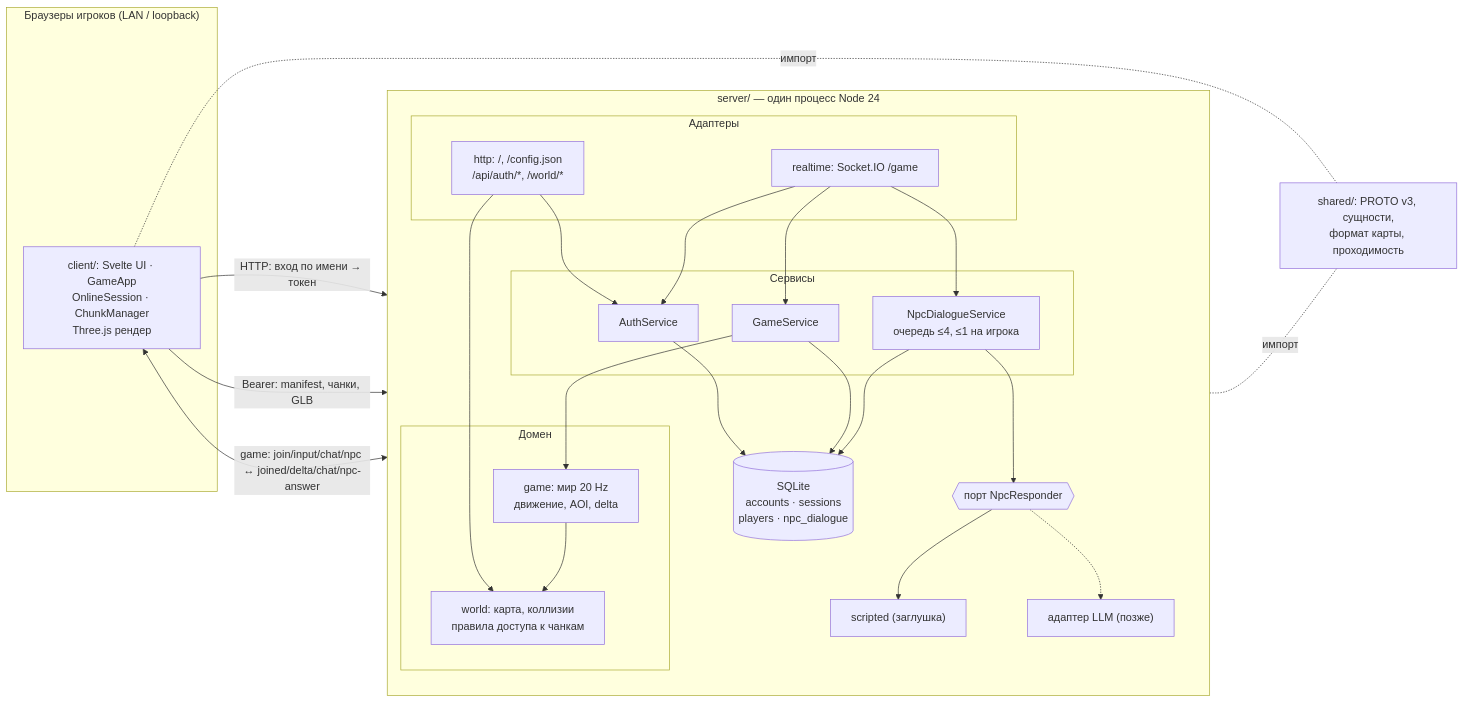
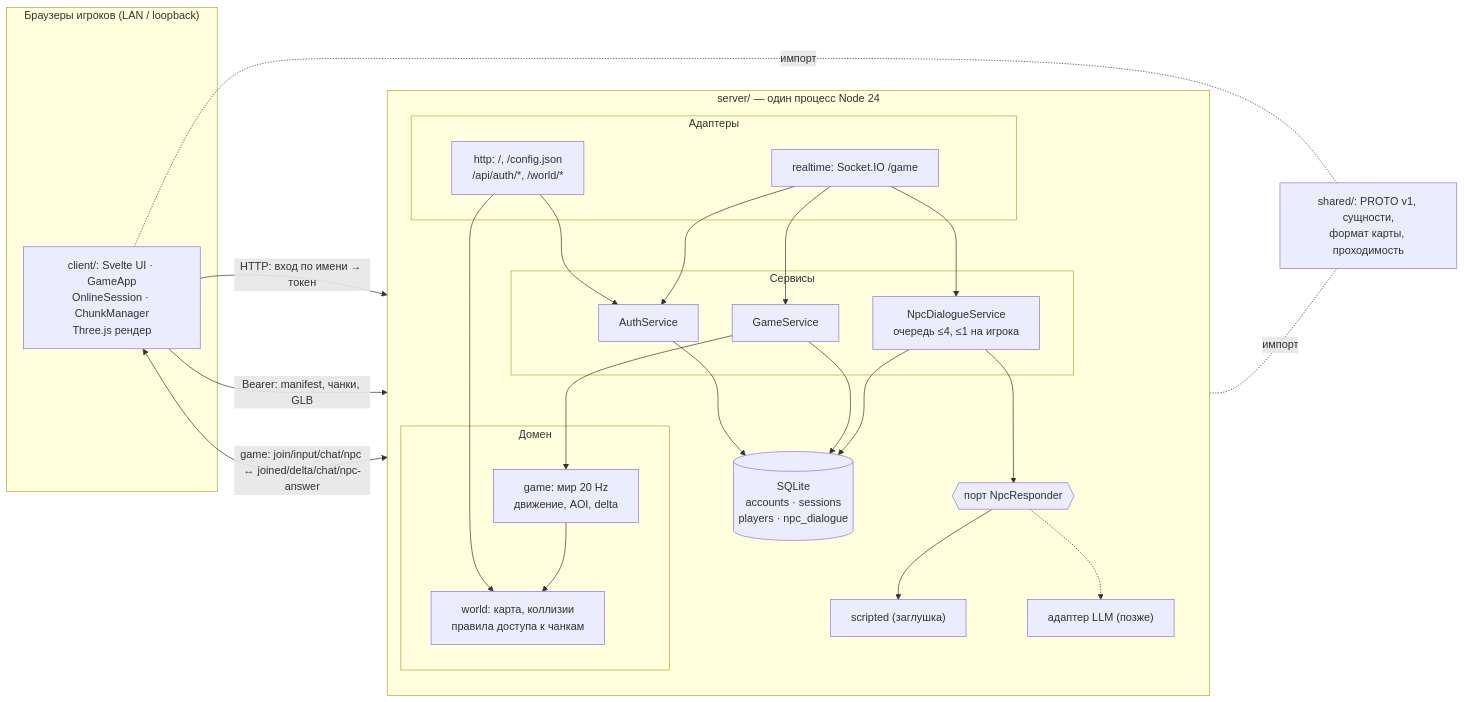
One commit to Nisakoo/Kuda-Nazimat-2026 changed the diagram in architecture.md. Above: the diagram before and after it, drawn with Mermaid. The commit also changed other lines of this file and 29 other files, not shown here.

````diff
--- a/architecture.md
+++ b/architecture.md
@@ -78,45 +72,45 @@
 ```mermaid
 flowchart LR
   subgraph Browsers["Браузеры игроков (LAN / loopback)"]
     C["client/: Svelte UI · GameApp\nOnlineSession · ChunkManager\nThree.js рендер"]
   end
   subgraph Server["server/ — один процесс Node 24"]
     direction TB
     subgraph Adapters["Адаптеры"]
       HTTP["http: /, /config.json\n/api/auth/*, /world/*"]
       RT["realtime: Socket.IO /game"]
     end
     subgraph Services["Сервисы"]
       AUTH["AuthService"]
       GAME["GameService"]
       NPCS["NpcDialogueService\nочередь ≤4, ≤1 на игрока"]
     end
     subgraph Domain["Домен"]
       WORLD["game: мир 20 Hz\nдвижение, AOI, delta"]
       MAP["world: карта, коллизии\nправила доступа к чанкам"]
     end
     DB[("SQLite\naccounts · sessions\nplayers · npc_dialogue")]
     PORT{{"порт NpcResponder"}}
     STUB["scripted (заглушка)"]
     LLM["адаптер LLM (позже)"]
   end
-  SHARED["shared/: PROTO v3, сущности,\nформат карты, проходимость"]
+  SHARED["shared/: PROTO v1, сущности,\nформат карты, проходимость"]
   C -- "HTTP: вход по имени → токен" --> HTTP
   C -- "Bearer: manifest, чанки, GLB" --> HTTP
   C <-- "game: join/input/chat/npc ↔ joined/delta/chat/npc-answer" --> RT
   HTTP --> AUTH
   HTTP --> MAP
   RT --> AUTH
   RT --> GAME
   RT --> NPCS
   GAME --> WORLD
   WORLD --> MAP
   AUTH --> DB
   GAME --> DB
   NPCS --> DB
   NPCS --> PORT
   PORT --> STUB
   PORT -.-> LLM
   C -. "импорт" .- SHARED
   Server -. "импорт" .- SHARED
 ```
````
